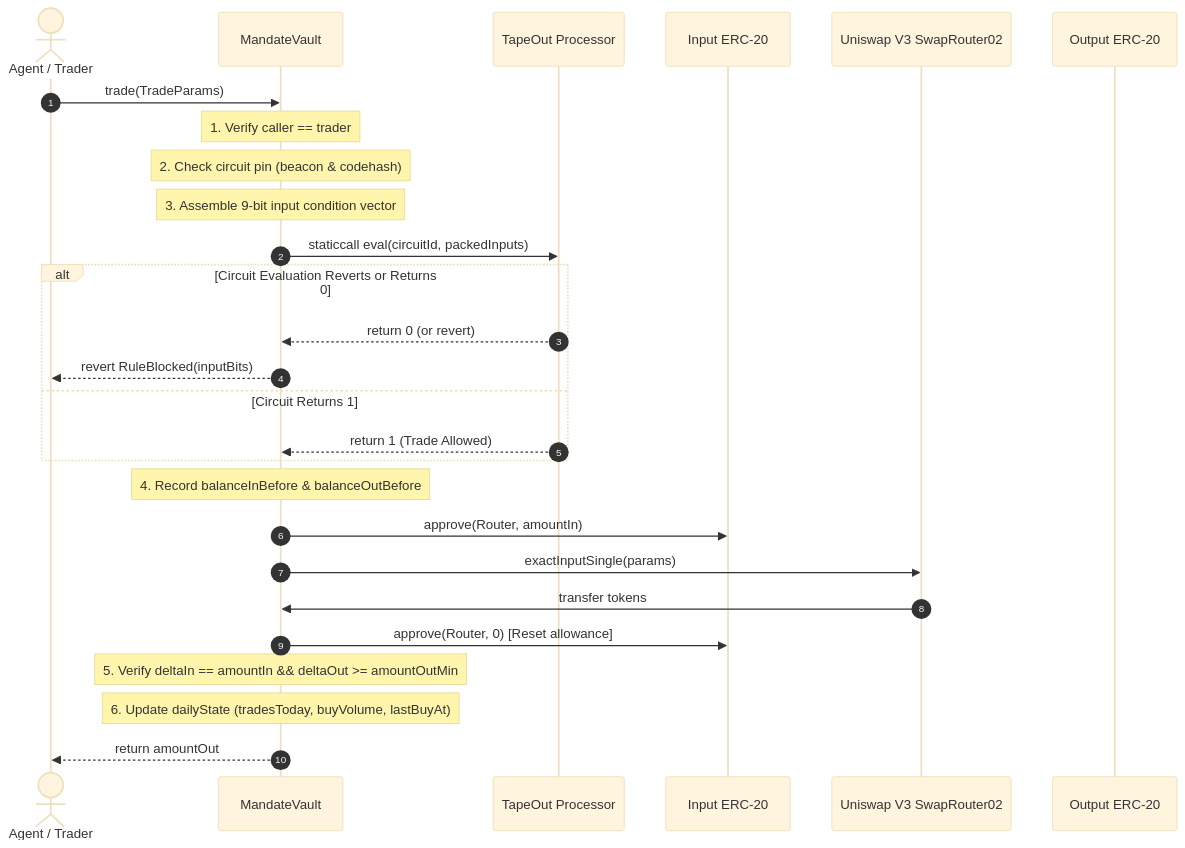
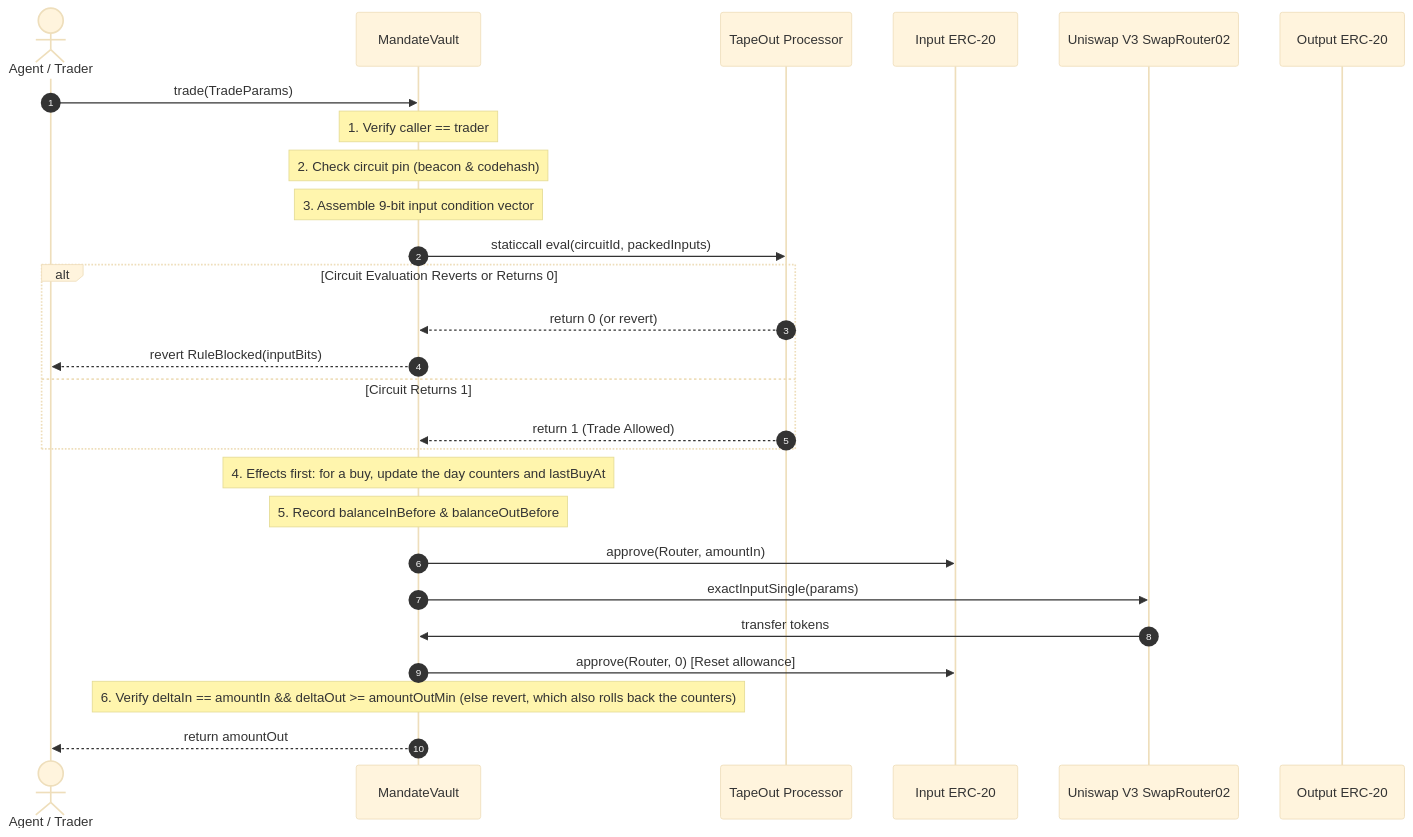
The second of 2 diagrams in docs/ARCHITECTURE.md (salmon-tech404/Seiyaku), drawn with Mermaid (base theme) before and after one commit. The commit also changed other lines of this file and 19 other files, not shown here.

````diff
--- a/docs/ARCHITECTURE.md
+++ b/docs/ARCHITECTURE.md
@@ -83,30 +83,30 @@
 ```mermaid
 sequenceDiagram
     autonumber
     actor Trader as Agent / Trader
     participant Vault as MandateVault
     participant Circuit as TapeOut Processor
     participant TokenIn as Input ERC-20
     participant Router as Uniswap V3 SwapRouter02
     participant TokenOut as Output ERC-20
 
     Trader->>Vault: trade(TradeParams)
     Note over Vault: 1. Verify caller == trader
     Note over Vault: 2. Check circuit pin (beacon & codehash)
     Note over Vault: 3. Assemble 9-bit input condition vector
     Vault->>Circuit: staticcall eval(circuitId, packedInputs)
     alt Circuit Evaluation Reverts or Returns 0
         Circuit-->>Vault: return 0 (or revert)
         Vault-->>Trader: revert RuleBlocked(inputBits)
     else Circuit Returns 1
         Circuit-->>Vault: return 1 (Trade Allowed)
     end
-    Note over Vault: 4. Record balanceInBefore & balanceOutBefore
+    Note over Vault: 4. Effects first: for a buy, update the day counters and lastBuyAt
+    Note over Vault: 5. Record balanceInBefore & balanceOutBefore
     Vault->>TokenIn: approve(Router, amountIn)
     Vault->>Router: exactInputSingle(params)
     Router->>Vault: transfer tokens
     Vault->>TokenIn: approve(Router, 0) [Reset allowance]
-    Note over Vault: 5. Verify deltaIn == amountIn && deltaOut >= amountOutMin
-    Note over Vault: 6. Update dailyState (tradesToday, buyVolume, lastBuyAt)
+    Note over Vault: 6. Verify deltaIn == amountIn && deltaOut >= amountOutMin (else revert, which also rolls back the counters)
     Vault-->>Trader: return amountOut
 ```
````
